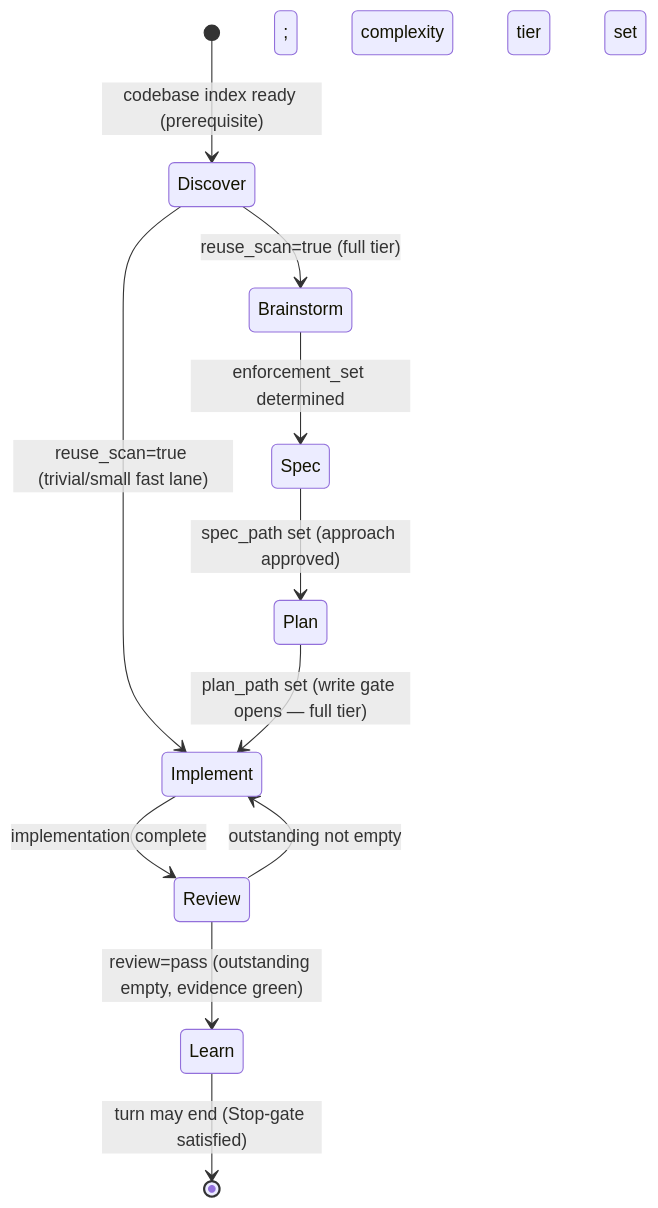
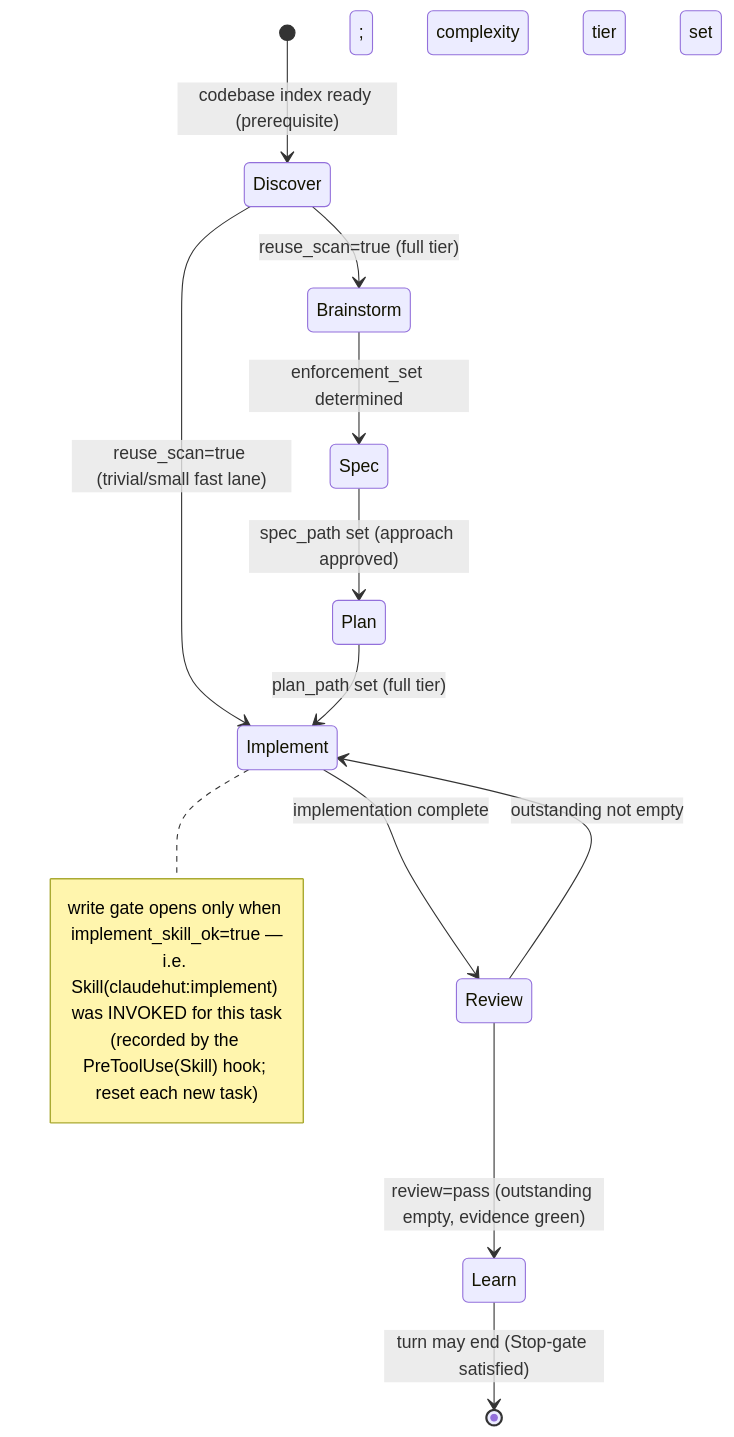
One commit to taipt1504/claudehut changed the second of 6 diagrams in .claude/docs/design/01-agentic-workflow.md. Above: the diagram before and after it, drawn with Mermaid. The commit also changed other lines of this file and 48 other files, not shown here.

````diff
--- a/.claude/docs/design/01-agentic-workflow.md
+++ b/.claude/docs/design/01-agentic-workflow.md
@@ -132,13 +136,18 @@
 ```mermaid
 stateDiagram-v2
     [*] --> Discover: codebase index ready (prerequisite); complexity tier set
     Discover --> Brainstorm: reuse_scan=true (full tier)
     Discover --> Implement: reuse_scan=true (trivial/small fast lane)
     Brainstorm --> Spec: enforcement_set determined
     Spec --> Plan: spec_path set (approach approved)
-    Plan --> Implement: plan_path set (write gate opens — full tier)
+    Plan --> Implement: plan_path set (full tier)
+    note right of Implement
+        write gate opens only when implement_skill_ok=true —
+        i.e. Skill(claudehut:implement) was INVOKED for this task
+        (recorded by the PreToolUse(Skill) hook; reset each new task)
+    end note
     Implement --> Review: implementation complete
     Review --> Implement: outstanding not empty
     Review --> Learn: review=pass (outstanding empty, evidence green)
     Learn --> [*]: turn may end (Stop-gate satisfied)
 ```
````
